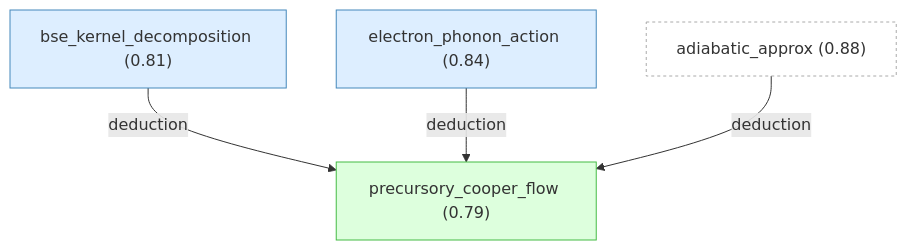
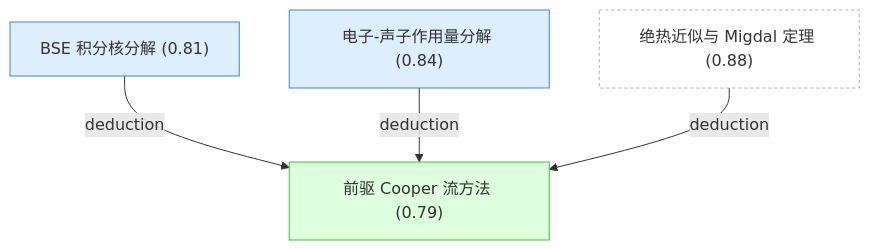
One commit to kunyuan/SuperconductivityElectronLiquids.gaia changed the second of 6 diagrams in README.md. Above: the diagram before and after it, drawn with Mermaid. The commit also changed other lines of this file and 7 other files, not shown here.

````diff
--- a/README.md
+++ b/README.md
@@ -52,17 +60,17 @@
 ```mermaid
 graph TD
-    adiabatic_approx["adiabatic_approx (0.88)"]:::external
-    electron_phonon_action["electron_phonon_action (0.84)"]:::premise
-    bse_kernel_decomposition["bse_kernel_decomposition (0.81)"]:::premise
-    precursory_cooper_flow["precursory_cooper_flow (0.79)"]:::derived
+    adiabatic_approx["绝热近似与 Migdal 定理 (0.88)"]:::external
+    electron_phonon_action["电子-声子作用量分解 (0.84)"]:::premise
+    bse_kernel_decomposition["BSE 积分核分解 (0.81)"]:::premise
+    precursory_cooper_flow["前驱 Cooper 流方法 (0.79)"]:::derived
     bse_kernel_decomposition -->|deduction| precursory_cooper_flow
     electron_phonon_action -->|deduction| precursory_cooper_flow
     adiabatic_approx -->|deduction| precursory_cooper_flow
 
     classDef setting fill:#f0f0f0,stroke:#999
     classDef premise fill:#ddeeff,stroke:#4488bb
     classDef derived fill:#ddffdd,stroke:#44bb44
     classDef question fill:#fff3dd,stroke:#cc9944
     classDef orphan fill:#fff,stroke:#ccc,stroke-dasharray: 5 5
     classDef external fill:#fff,stroke:#aaa,stroke-dasharray: 3 3
 ```
````
